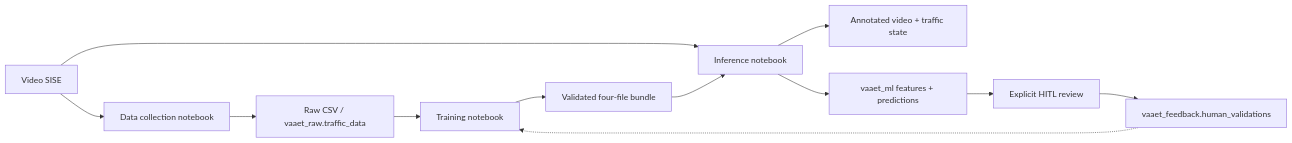
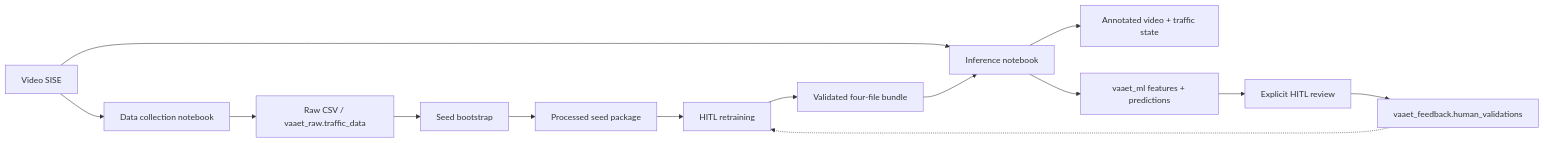
Before and after one commit to aka-titesen/vaaet: the diagram in docs/architecture/software-architecture.md, drawn with Mermaid. The commit also changed other lines of this file and 50 other files, not shown here.

First line of the commit message:
feat(training): introduce seed bootstrap and HITL retraining modes

````diff
--- a/docs/architecture/software-architecture.md
+++ b/docs/architecture/software-architecture.md
@@ -5,14 +5,16 @@
 ```mermaid
 flowchart LR
     V["Video SISE"] --> C["Data collection notebook"]
     C --> R["Raw CSV / vaaet_raw.traffic_data"]
-    R --> T["Training notebook"]
+    R --> S["Seed bootstrap"]
+    S --> D["Processed seed package"]
+    D --> T["HITL retraining"]
     T --> B["Validated four-file bundle"]
     V --> I["Inference notebook"]
     B --> I
     I --> O["Annotated video + traffic state"]
     I --> F["vaaet_ml features + predictions"]
     F --> H["Explicit HITL review"]
     H --> HV["vaaet_feedback.human_validations"]
     HV -.-> T
 ```
````
